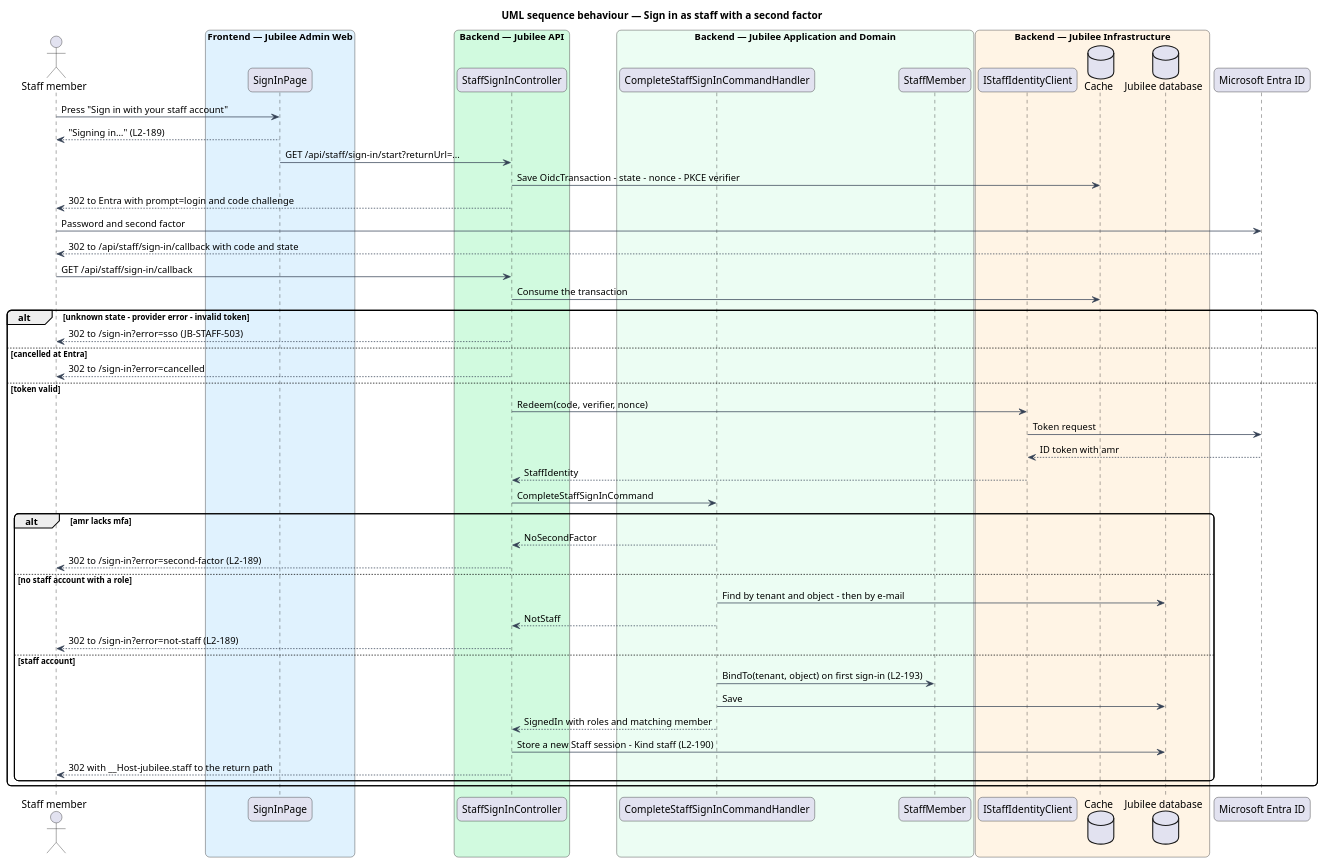
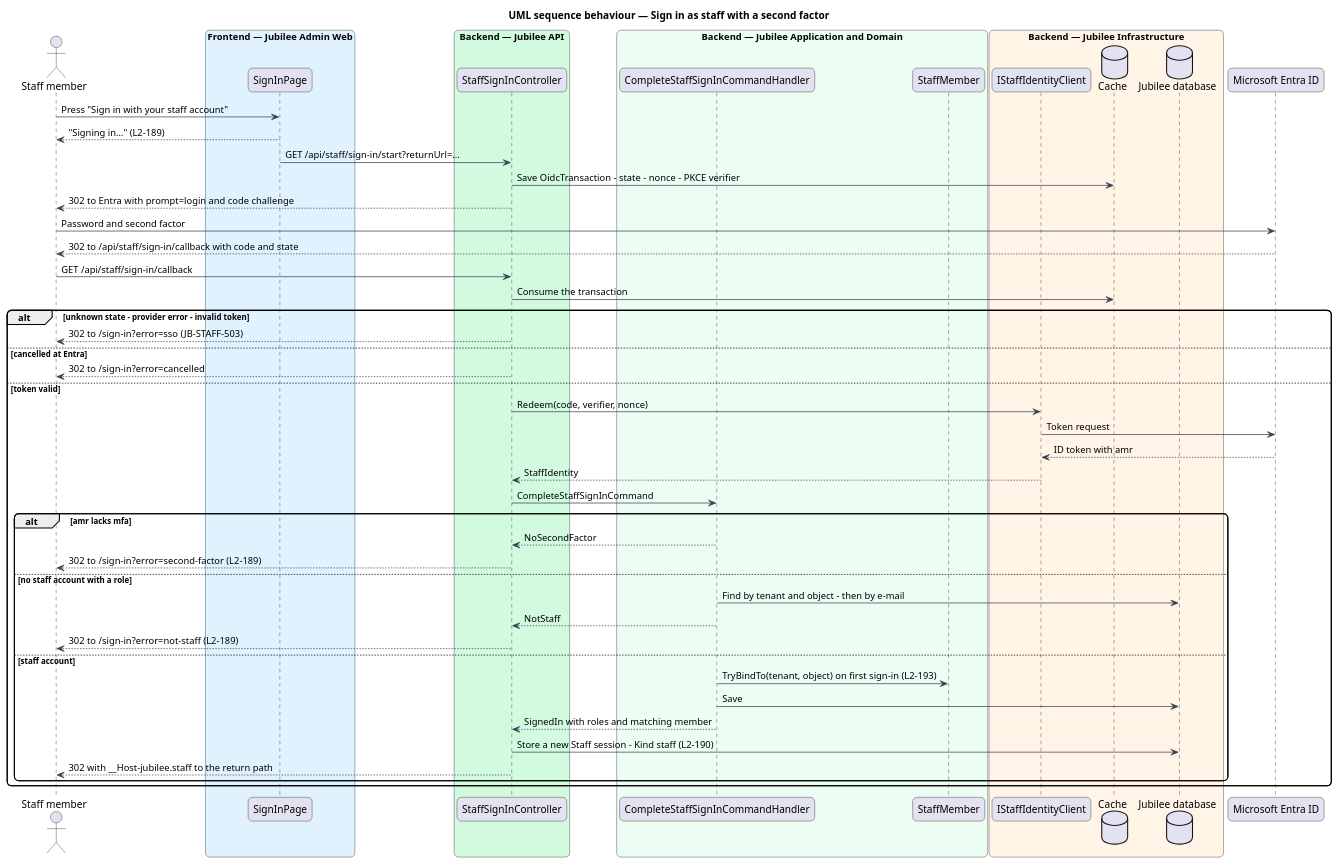
The diagram in docs/detailed-designs/accounts/sign-in-as-staff/diagrams/sequence-staff-sign-in.puml (QuinntyneBrown/jubilee), drawn with PlantUML before and after one commit. The commit also changed 13 other files, not shown here.

Commit message:
Designs of journey 30 name the classes the code built: TryBindTo, StaffSession's challenge and forbid events, StaffNetworks.From, StaffSessionDto

```diff
--- a/docs/detailed-designs/accounts/sign-in-as-staff/diagrams/sequence-staff-sign-in.puml
+++ b/docs/detailed-designs/accounts/sign-in-as-staff/diagrams/sequence-staff-sign-in.puml
@@ -1,59 +1,59 @@
 @startuml
 title UML sequence behaviour — Sign in as staff with a second factor
 skinparam backgroundColor #FFFFFF
 skinparam shadowing false
 skinparam roundcorner 12
 skinparam defaultFontName Arial
 skinparam ArrowColor #344054
 actor "Staff member" as actor
 box "Frontend — Jubilee Admin Web" #E0F2FE
   participant "SignInPage" as page
 end box
 box "Backend — Jubilee API" #D1FADF
   participant "StaffSignInController" as ctrl
 end box
 box "Backend — Jubilee Application and Domain" #ECFDF3
   participant "CompleteStaffSignInCommandHandler" as handler
   participant "StaffMember" as entity
 end box
 box "Backend — Jubilee Infrastructure" #FFF4E5
   participant "IStaffIdentityClient" as oidc
   database "Cache" as cache
   database "Jubilee database" as db
 end box
 participant "Microsoft Entra ID" as entra
 actor -> page : Press "Sign in with your staff account"
 page --> actor : "Signing in…" (L2-189)
 page -> ctrl : GET /api/staff/sign-in/start?returnUrl=...
 ctrl -> cache : Save OidcTransaction - state - nonce - PKCE verifier
 ctrl --> actor : 302 to Entra with prompt=login and code challenge
 actor -> entra : Password and second factor
 entra --> actor : 302 to /api/staff/sign-in/callback with code and state
 actor -> ctrl : GET /api/staff/sign-in/callback
 ctrl -> cache : Consume the transaction
 alt unknown state - provider error - invalid token
   ctrl --> actor : 302 to /sign-in?error=sso (JB-STAFF-503)
 else cancelled at Entra
   ctrl --> actor : 302 to /sign-in?error=cancelled
 else token valid
   ctrl -> oidc : Redeem(code, verifier, nonce)
   oidc -> entra : Token request
   entra --> oidc : ID token with amr
   oidc --> ctrl : StaffIdentity
   ctrl -> handler : CompleteStaffSignInCommand
   alt amr lacks mfa
     handler --> ctrl : NoSecondFactor
     ctrl --> actor : 302 to /sign-in?error=second-factor (L2-189)
   else no staff account with a role
     handler -> db : Find by tenant and object - then by e-mail
     handler --> ctrl : NotStaff
     ctrl --> actor : 302 to /sign-in?error=not-staff (L2-189)
   else staff account
-    handler -> entity : BindTo(tenant, object) on first sign-in (L2-193)
+    handler -> entity : TryBindTo(tenant, object) on first sign-in (L2-193)
     handler -> db : Save
     handler --> ctrl : SignedIn with roles and matching member
     ctrl -> db : Store a new Staff session - Kind staff (L2-190)
     ctrl --> actor : 302 with __Host-jubilee.staff to the return path
   end
 end
 @enduml
```
